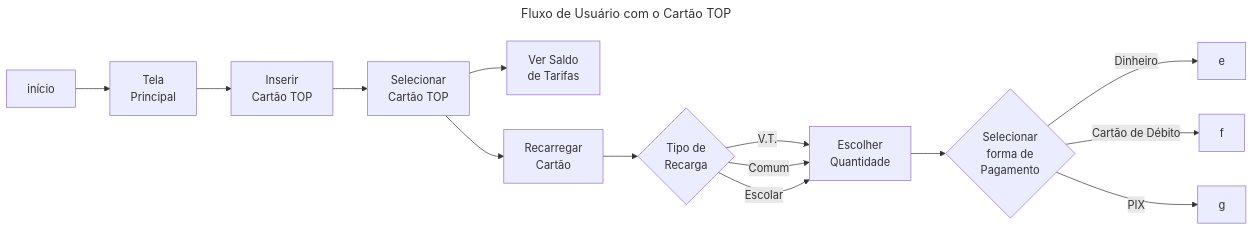
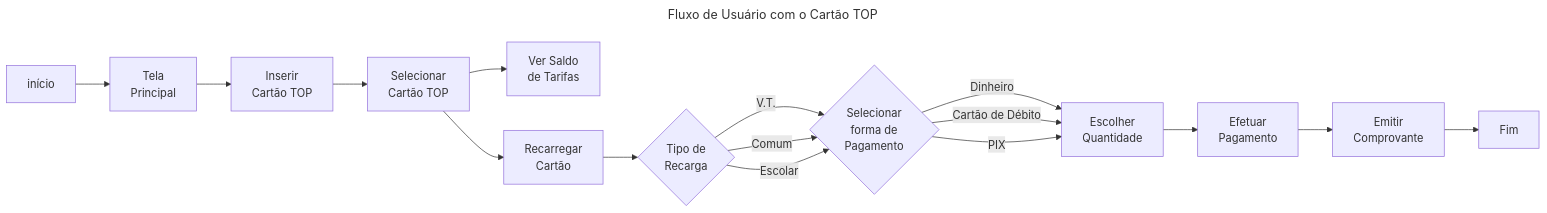
Before and after one commit to abfx2001/A3-Dual-AutoPass: the first of 4 diagrams in README.md, drawn with Mermaid. The commit also changed other lines of this file, not shown here.

````diff
--- a/README.md
+++ b/README.md
@@ -77,22 +77,23 @@
 ```mermaid
 ---
 title: Fluxo de Usuário com o Cartão TOP
 ---
 graph LR 
 A[início] --> B[Tela \n Principal]
 B --> C[Inserir \n Cartão TOP]
 C --> C1[Selecionar \n Cartão TOP]
 C1 --> D1[Ver Saldo \n de Tarifas]
 C1 --> D2[Recarregar \n Cartão] 
 D2 --> D3{Tipo de \n Recarga}
 D3 -->|V.T.| D4
 D3 -->|Comum| D4
 D3 -->|Escolar| D4
-D4[Escolher \n Quantidade] -->
-D{Selecionar \n forma de \n Pagamento}
-D --> |Dinheiro| E[e]
-D --> |Cartão de Débito| F[f]
-D --> |PIX| G[g]
 
-
+D4{Selecionar \n forma de \n Pagamento}
+D4 --> |Dinheiro| D5
+D4 --> |Cartão de Débito| D5
+D4 --> |PIX| D5
+D5[Escolher \n Quantidade] --> E[Efetuar \n Pagamento]
+E --> G[Emitir \n Comprovante]
+G --> H[Fim]
 ```
````
